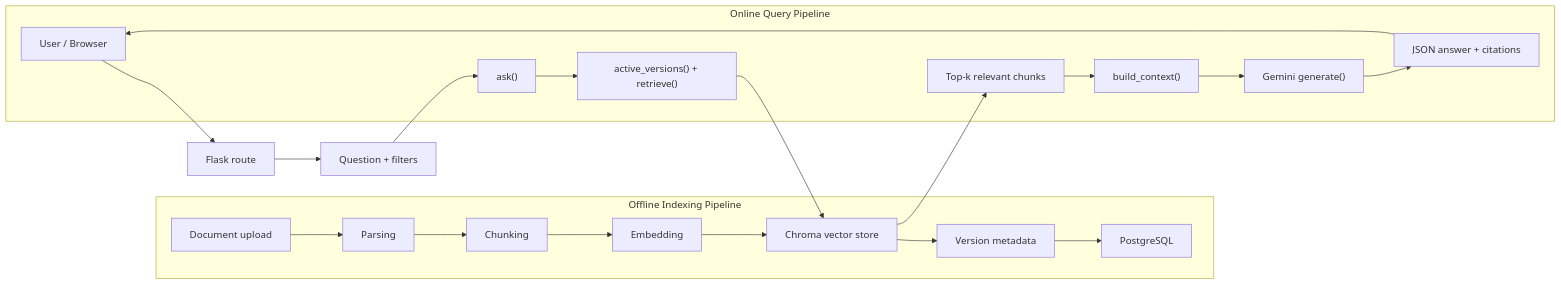
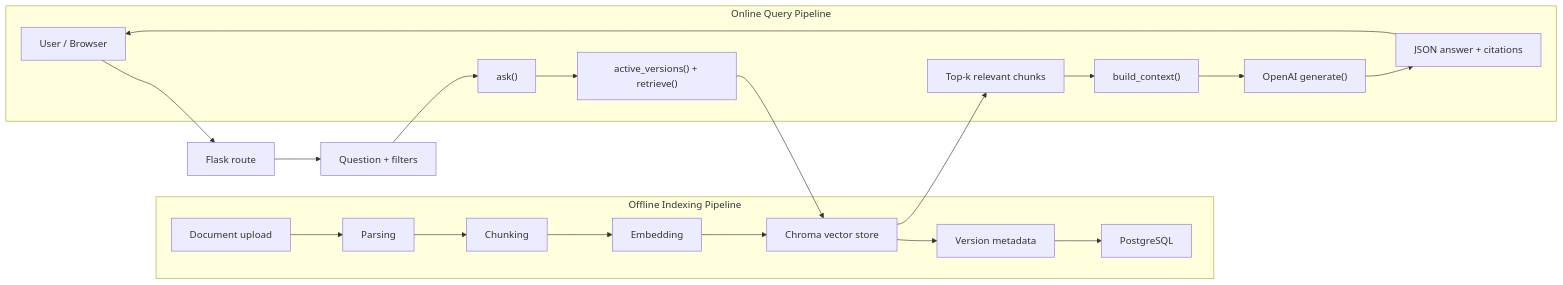
One commit to Dorjnyam/rag_chatbot_try changed the first of 2 diagrams in documentation/01-rag-architecture.md. Above: the diagram before and after it, drawn with Mermaid. The commit also changed other lines of this file and 50 other files, not shown here.

````diff
--- a/documentation/01-rag-architecture.md
+++ b/documentation/01-rag-architecture.md
@@ -17,25 +17,25 @@
 ```mermaid
 flowchart LR
     U["User / Browser"] --> R["Flask route"]
     R --> Q["Question + filters"]
     Q --> A["ask()"]
 
     subgraph Offline["Offline Indexing Pipeline"]
         D["Document upload"] --> P["Parsing"]
         P --> C["Chunking"]
         C --> E["Embedding"]
         E --> V["Chroma vector store"]
         V --> M["Version metadata"]
         M --> PG["PostgreSQL"]
     end
 
     subgraph Online["Online Query Pipeline"]
         A --> R1["active_versions() + retrieve()"]
         R1 --> V
         V --> H["Top-k relevant chunks"]
         H --> B["build_context()"]
-        B --> G["Gemini generate()"]
+        B --> G["OpenAI generate()"]
         G --> O["JSON answer + citations"]
         O --> U
     end
 ```
````
